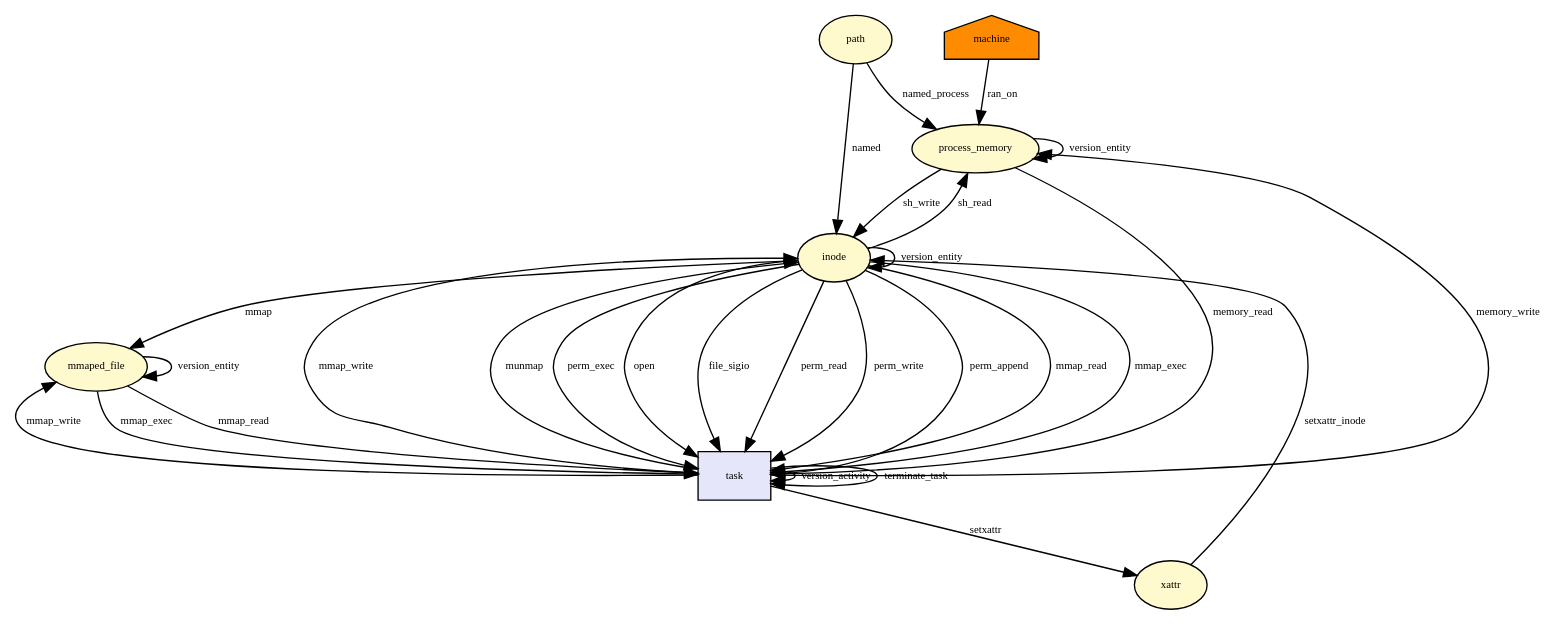
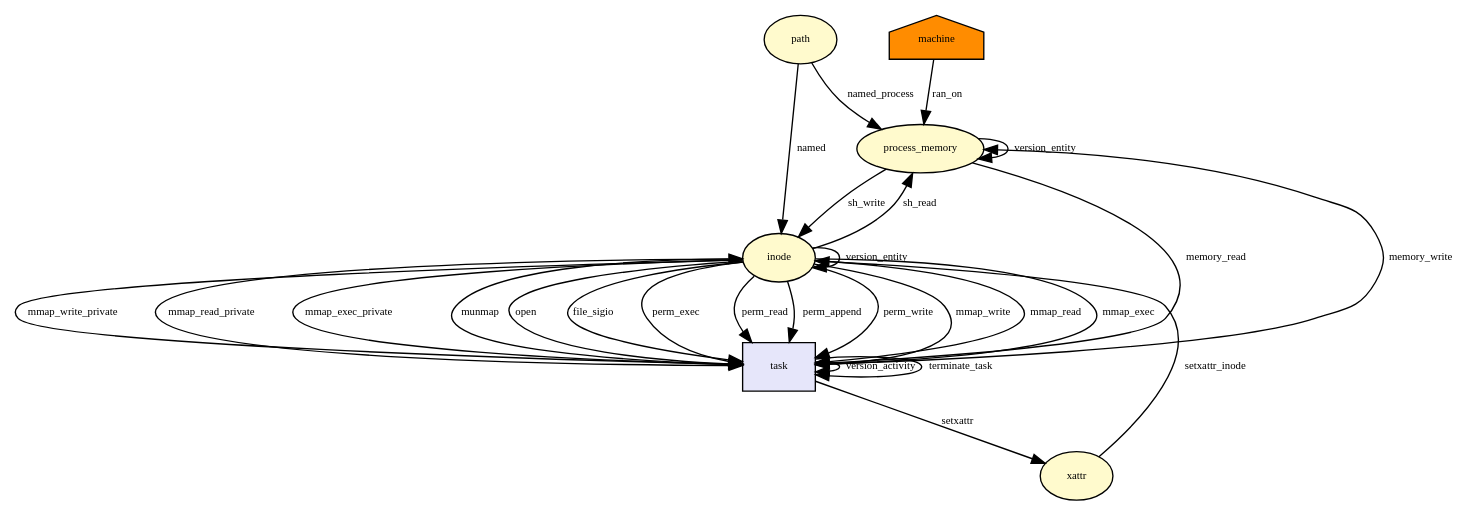
The diagram in docs/dot/__x64_sys_mmap_pgoff.dot (CamFlow/camflow-dev), drawn with Graphviz before and after one commit. The commit also changed 16 other files, not shown here.

```diff
--- a/docs/dot/__x64_sys_mmap_pgoff.dot
+++ b/docs/dot/__x64_sys_mmap_pgoff.dot
@@ -1,71 +1,65 @@
 digraph RGL__DirectedAdjacencyGraph {path[fontsize = 8,label = path,shape = ellipse, fillcolor="#fffacd", style = filled]
 
 process_memory[fontsize = 8,label = process_memory,shape = ellipse, fillcolor="#fffacd", style = filled]
 
 path -> process_memory[fontsize = 8,label = named_process]
 
 machine[fontsize = 8,label = machine,shape = house, fillcolor="#ff8c00", style = filled]
 
 machine -> process_memory[fontsize = 8,label = ran_on]
 
 inode[fontsize = 8,label = inode,shape = ellipse, fillcolor="#fffacd", style = filled]
 
 path -> inode[fontsize = 8,label = named]
 
 task[fontsize = 8,label = task,shape = rectangle, fillcolor="#e6e6fa", style = filled]
 
 inode -> task[fontsize = 8,label = open]
 
 task -> process_memory[fontsize = 8,label = memory_write]
 
 task -> task[fontsize = 8,label = version_activity]
 
 process_memory -> process_memory[fontsize = 8,label = version_entity]
 
 process_memory -> inode[fontsize = 8,label = sh_write]
 
 inode -> inode[fontsize = 8,label = version_entity]
 
 inode -> task[fontsize = 8,label = file_sigio]
 
 inode -> task[fontsize = 8,label = perm_exec]
 
 inode -> task[fontsize = 8,label = perm_read]
 
 inode -> task[fontsize = 8,label = perm_append]
 
 inode -> task[fontsize = 8,label = perm_write]
 
 process_memory -> task[fontsize = 8,label = memory_read]
 
 xattr[fontsize = 8,label = xattr,shape = ellipse, fillcolor="#fffacd", style = filled]
 
 task -> xattr[fontsize = 8,label = setxattr]
 
 xattr -> inode[fontsize = 8,label = setxattr_inode]
 
-task -> inode[fontsize = 8,label = mmap_write]
-
-inode -> process_memory[fontsize = 8,label = sh_read]
+inode -> task[fontsize = 8,label = mmap_write]
 
 inode -> task[fontsize = 8,label = mmap_read]
 
 inode -> task[fontsize = 8,label = mmap_exec]
 
-mmaped_file[fontsize = 8,label = mmaped_file,shape = ellipse, fillcolor="#fffacd", style = filled]
+inode -> task[fontsize = 8,label = mmap_write_private]
 
-inode -> mmaped_file[fontsize = 8,label = mmap]
+inode -> task[fontsize = 8,label = mmap_read_private]
 
-mmaped_file -> mmaped_file[fontsize = 8,label = version_entity]
-
-task -> mmaped_file[fontsize = 8,label = mmap_write]
-
-mmaped_file -> task[fontsize = 8,label = mmap_read]
-
-mmaped_file -> task[fontsize = 8,label = mmap_exec]
+inode -> task[fontsize = 8,label = mmap_exec_private]
 
 task -> inode[fontsize = 8,label = munmap]
+
+inode -> process_memory[fontsize = 8,label = sh_read]
 
 task -> task[fontsize = 8,label = terminate_task]
 
 }
```
